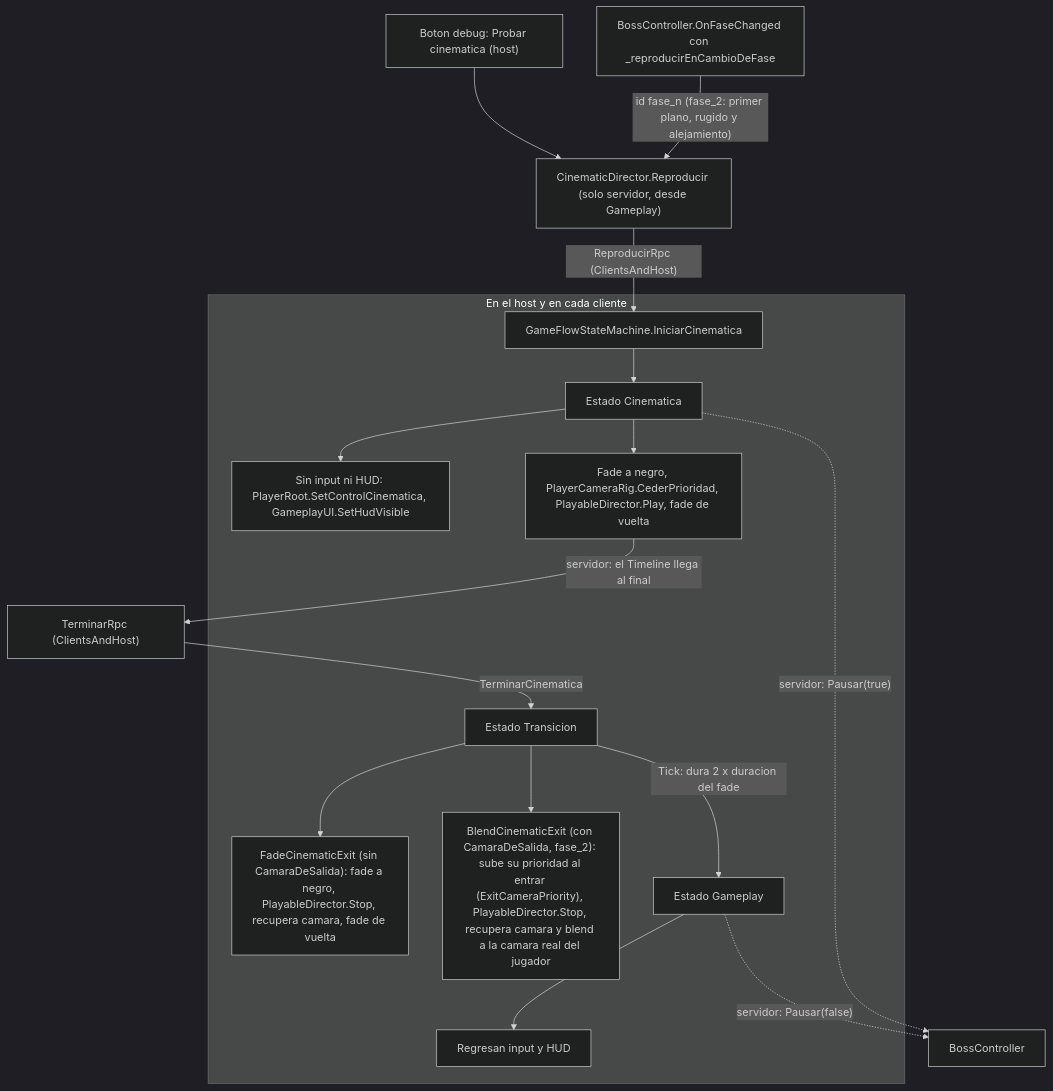
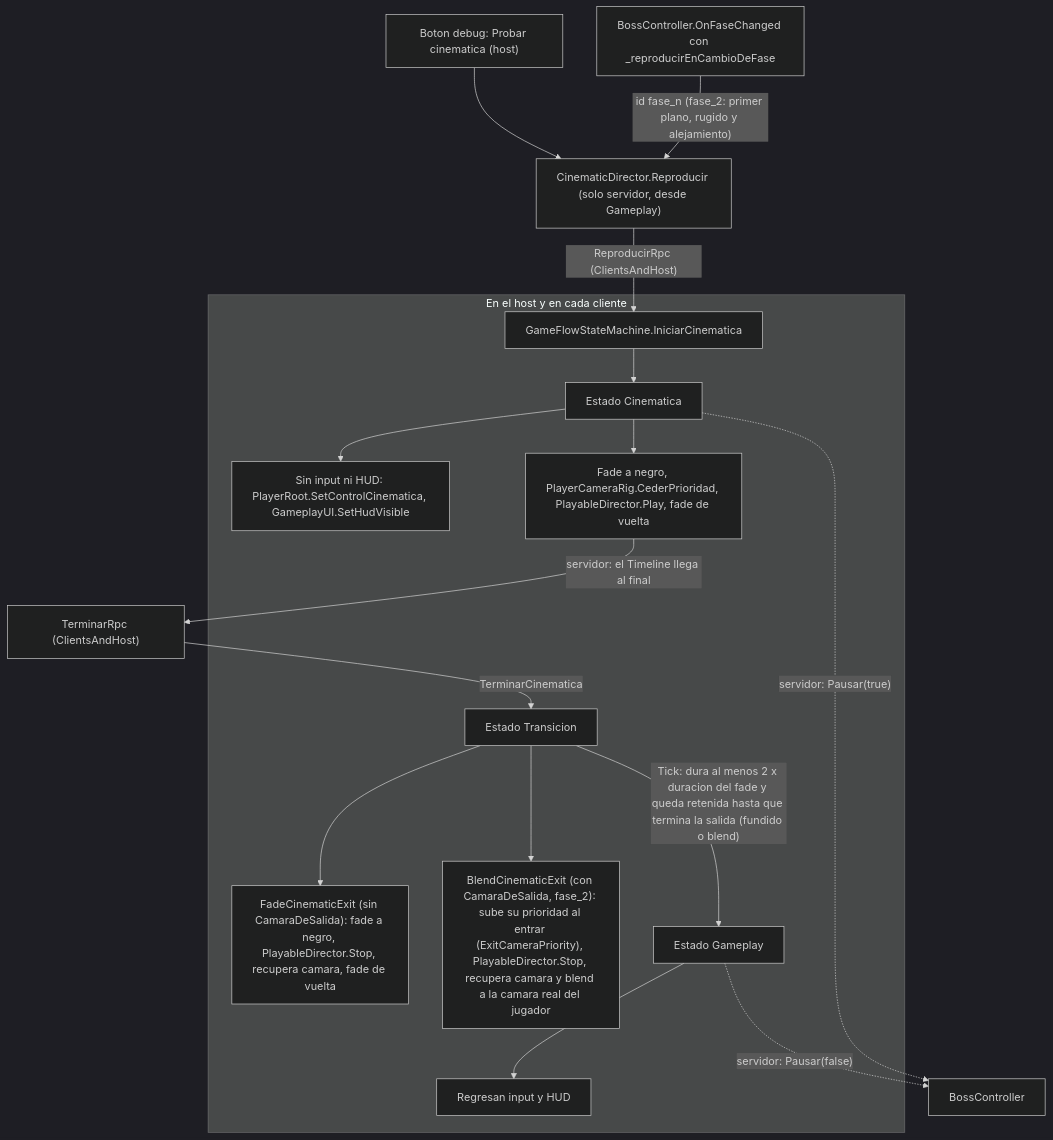
Before and after one commit to VicBojoDev10/DeathOfMeaningRepo: the diagram in docs/diagrams/cinematic-flow.mermaid, drawn with Mermaid (dark theme). The commit also changed 9 other files, not shown here.

```diff
--- a/docs/diagrams/cinematic-flow.mermaid
+++ b/docs/diagrams/cinematic-flow.mermaid
@@ -1,17 +1,17 @@
 flowchart TD
     BTN["Boton debug: Probar cinematica (host)"] --> REP
     FASE["BossController.OnFaseChanged con _reproducirEnCambioDeFase"] -->|"id fase_n (fase_2: primer plano, rugido y alejamiento)"| REP
     REP["CinematicDirector.Reproducir (solo servidor, desde Gameplay)"] -->|"ReproducirRpc (ClientsAndHost)"| INI
     subgraph CADA["En el host y en cada cliente"]
         INI[GameFlowStateMachine.IniciarCinematica] --> CIN[Estado Cinematica]
         CIN --> CTRL["Sin input ni HUD: PlayerRoot.SetControlCinematica, GameplayUI.SetHudVisible"]
         CIN --> ENT["Fade a negro, PlayerCameraRig.CederPrioridad, PlayableDirector.Play, fade de vuelta"]
         TRA[Estado Transicion] --> SAL["FadeCinematicExit (sin CamaraDeSalida): fade a negro, PlayableDirector.Stop, recupera camara, fade de vuelta"]
         TRA --> BLEND["BlendCinematicExit (con CamaraDeSalida, fase_2): sube su prioridad al entrar (ExitCameraPriority), PlayableDirector.Stop, recupera camara y blend a la camara real del jugador"]
-        TRA -->|"Tick: dura 2 x duracion del fade"| GP[Estado Gameplay]
+        TRA -->|"Tick: dura al menos 2 x duracion del fade y queda retenida hasta que termina la salida (fundido o blend)"| GP[Estado Gameplay]
         GP --> VUELTA[Regresan input y HUD]
     end
     ENT -->|"servidor: el Timeline llega al final"| FIN["TerminarRpc (ClientsAndHost)"]
     FIN -->|TerminarCinematica| TRA
     CIN -.->|"servidor: Pausar(true)"| BOSS[BossController]
     GP -.->|"servidor: Pausar(false)"| BOSS
```
